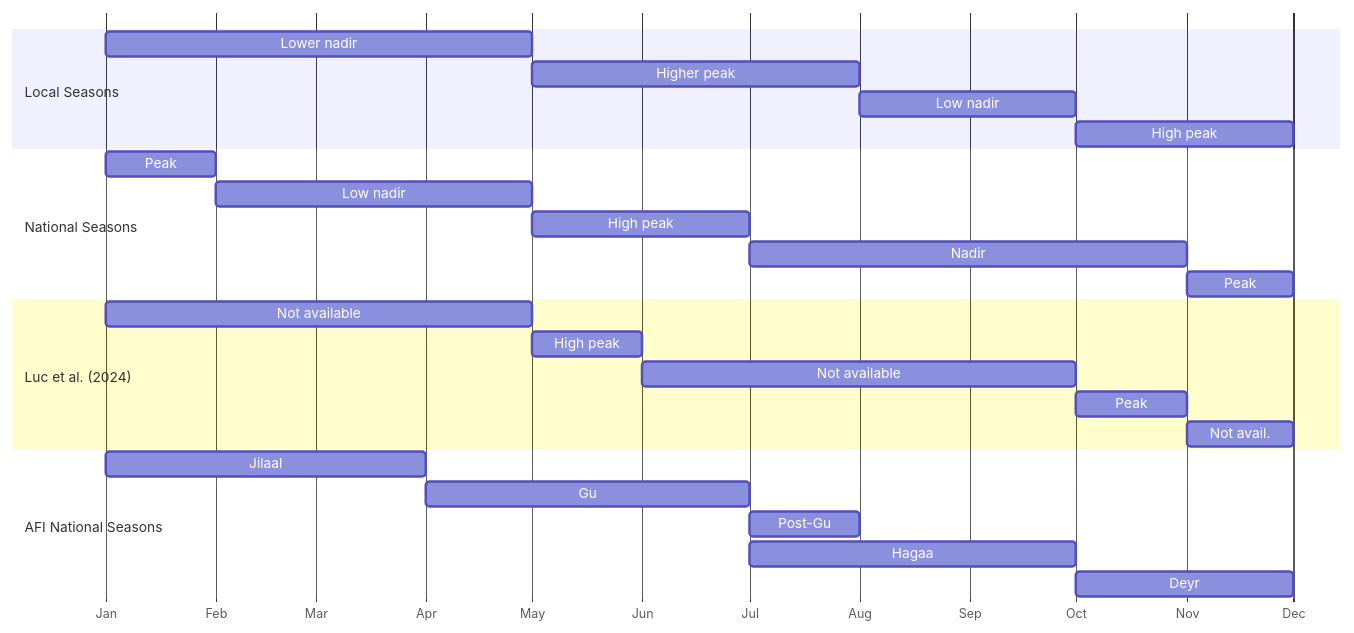
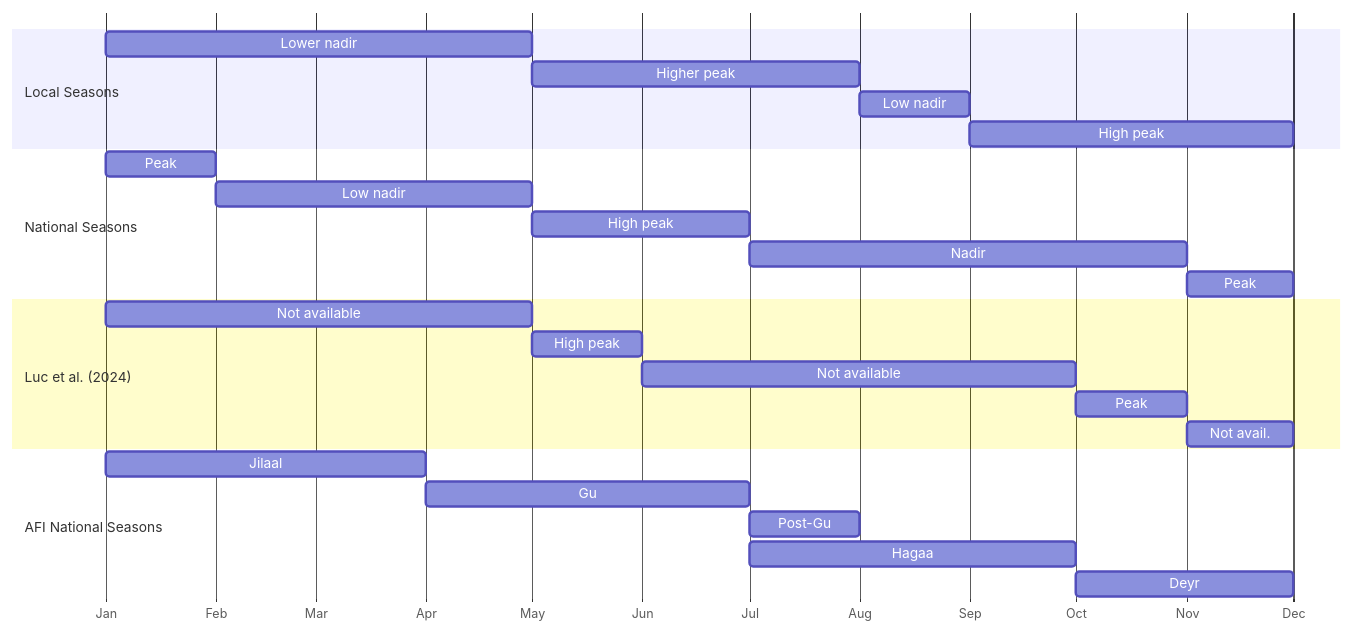
The tenth of 10 diagrams in report.qmd (nutimes/som-sam-admit), drawn with Mermaid before and after one commit. The commit also changed other lines of this file, not shown here.

````diff
--- a/report.qmd
+++ b/report.qmd
@@ -802,36 +815,36 @@
 ```{mermaid}
 %%| label: fig-afi-amn-calendar-urbanidps
 %%| fig-cap: AMN seasonal calendar *versus* AFI seasonal calendar
 
 gantt
     dateFormat M
     axisFormat %b
     todayMarker off
 
     section Local Seasons
     Lower nadir :amn1, 1, 5
     Higher peak :amn2, 5, 8
-    Low nadir :amn3, 8, 10
-    High peak :amn4, 10, 12
+    Low nadir :amn3, 8, 9
+    High peak :amn4, 9, 12
 
     section National Seasons
     Peak :ntl1, 1, 2
     Low nadir :ntl2, 2, 5
     High peak :ntl3, 5, 7
     Nadir :ntl4, 7, 11
     Peak :ntl5, 11, 12
 
     section Luc et al. (2024)
     Not available :luc1, 1, 5
     High peak :luc2, 5, 6
     Not available :luc3, 6, 10
     Peak :luc4, 10, 11
     Not avail. :luc5, 11, 12
 
     section AFI National Seasons
     Jilaal :afi1, 1, 4
     Gu     :afi2, 4, 7
     Post-Gu:afi3, 7, 8
     Hagaa  :afi4, 7, 10
     Deyr   :afi5, 10, 12
 ```
````
